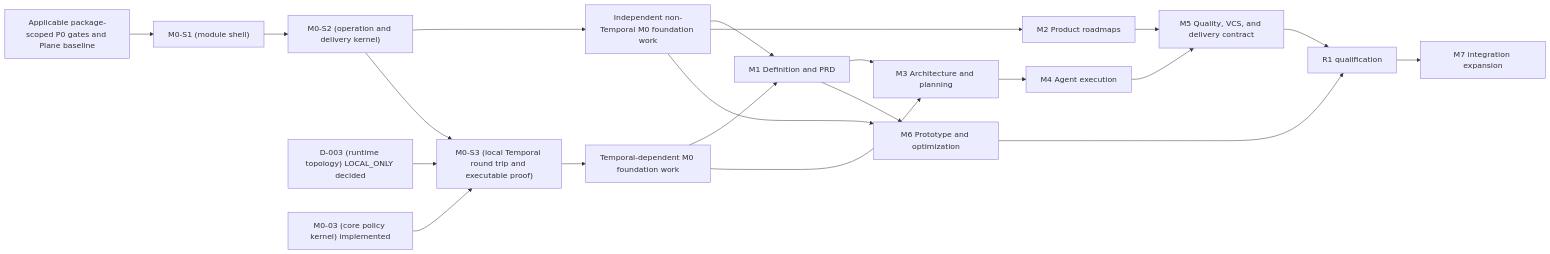
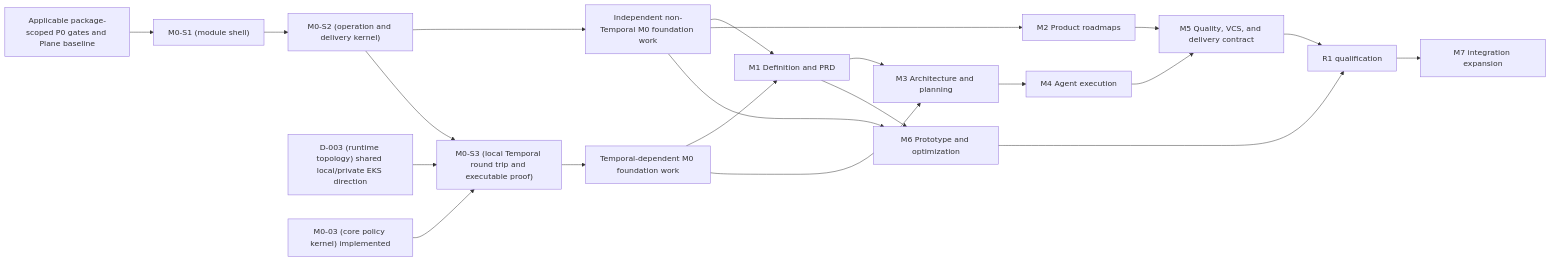
One commit to faocampo/curve changed the diagram in docs/technical/development-plan.md. Above: the diagram before and after it, drawn with Mermaid. The commit also changed other lines of this file and 19 other files, not shown here.

````diff
--- a/docs/technical/development-plan.md
+++ b/docs/technical/development-plan.md
@@ -44,23 +44,23 @@
 ```mermaid
 flowchart LR
     foundation["Applicable package-scoped P0 gates and Plane baseline"] --> s1["M0-S1 (module shell)"]
     s1 --> s2["M0-S2 (operation and delivery kernel)"]
     s2 --> m0_independent["Independent non-Temporal M0 foundation work"]
-    d003["D-003 (runtime topology) LOCAL_ONLY decided"] --> s3["M0-S3 (local Temporal round trip and executable proof)"]
+    d003["D-003 (runtime topology) shared local/private EKS direction"] --> s3["M0-S3 (local Temporal round trip and executable proof)"]
     policy["M0-03 (core policy kernel) implemented"] --> s3
     s2 --> s3
     s3 --> m0_temporal["Temporal-dependent M0 foundation work"]
     m0_independent --> m1["M1 Definition and PRD"]
     m0_temporal --> m1
     m0_independent --> m2["M2 Product roadmaps"]
     m1 --> m3["M3 Architecture and planning"]
     m0_temporal --> m3
     m3 --> m4["M4 Agent execution"]
     m2 --> m5["M5 Quality, VCS, and delivery contract"]
     m4 --> m5
     m1 --> m6["M6 Prototype and optimization"]
     m0_independent --> m6
     m5 --> r1["R1 qualification"]
     m6 --> r1
     r1 --> m7["M7 integration expansion"]
 ```
````
